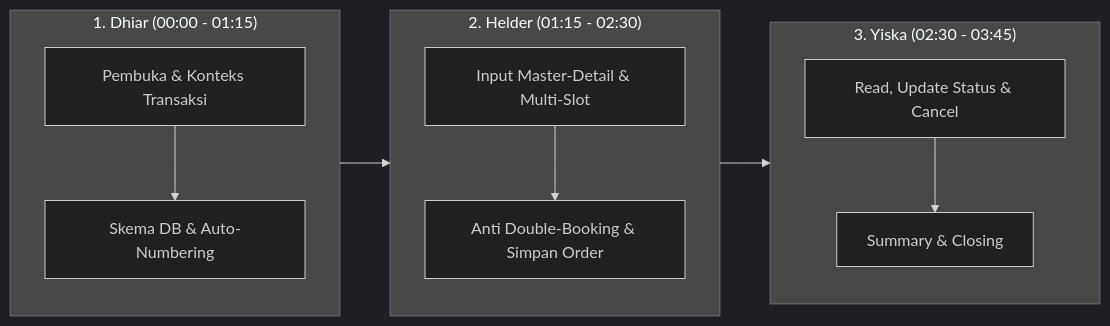
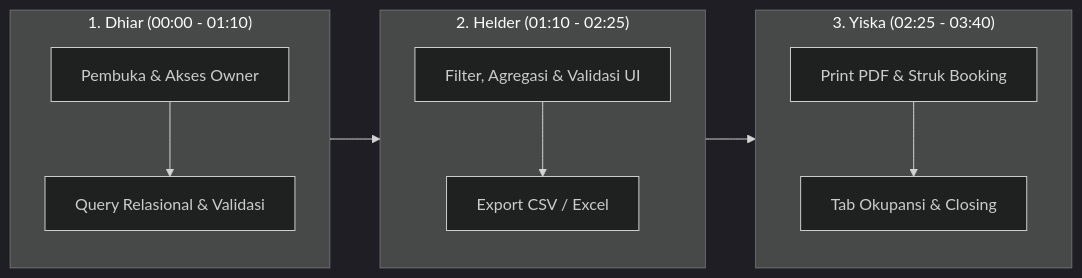
The diagram in README.md (Alfar0nt/SIPELA-Sistem-Informasi-Pemesanan-Arung-Futsal), drawn with Mermaid (dark theme) before and after one commit. The commit also changed other lines of this file and 16 other files, not shown here.

Commit message:
feat(week12): implement owner-only reporting form, CSV export, PDF print preview, MySQL 8 fix, and updated docs

````diff
--- a/README.md
+++ b/README.md
@@ -105,16 +88,16 @@
 ```mermaid
 flowchart LR
-    subgraph G1["1. Dhiar (00:00 - 01:15)"]
-        D1["Pembuka & Konteks Transaksi"] --> D2["Skema DB & Auto-Numbering"]
+    subgraph G1["1. Dhiar (00:00 - 01:10)"]
+        D1["Pembuka & Akses Owner"] --> D2["Query Relasional & Validasi"]
     end
 
-    subgraph G2["2. Helder (01:15 - 02:30)"]
-        H1["Input Master-Detail & Multi-Slot"] --> H2["Anti Double-Booking & Simpan Order"]
+    subgraph G2["2. Helder (01:10 - 02:25)"]
+        H1["Filter, Agregasi & Validasi UI"] --> H2["Export CSV / Excel"]
     end
 
-    subgraph G3["3. Yiska (02:30 - 03:45)"]
-        Y1["Read, Update Status & Cancel"] --> Y2["Summary & Closing"]
+    subgraph G3["3. Yiska (02:25 - 03:40)"]
+        Y1["Print PDF & Struk Booking"] --> Y2["Tab Okupansi & Closing"]
     end
 
     G1 --> G2 --> G3
 ```
````
